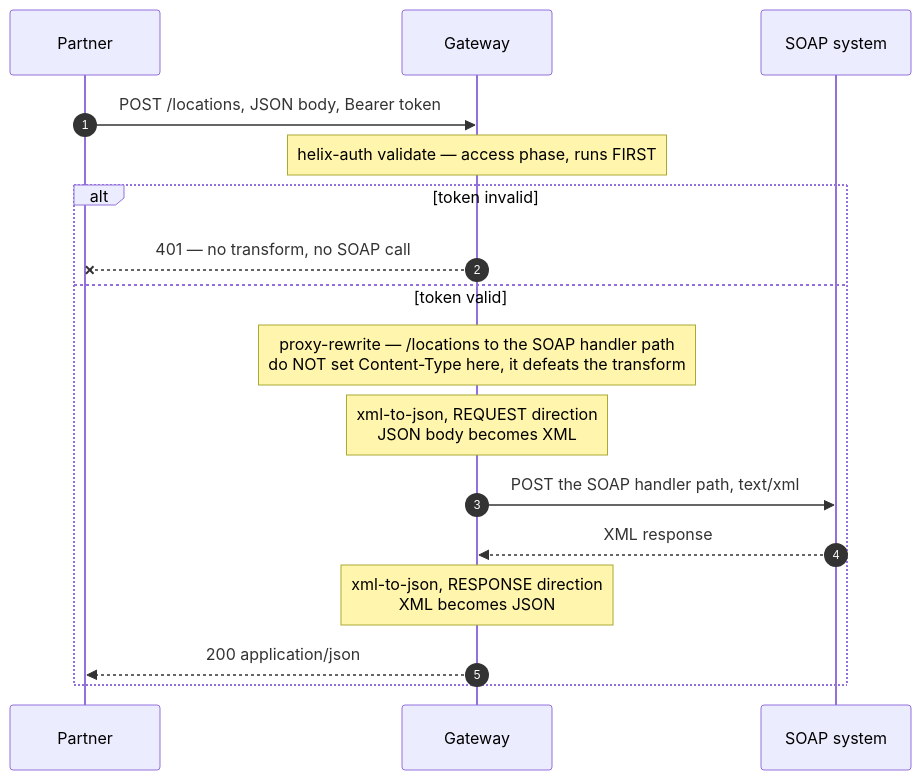
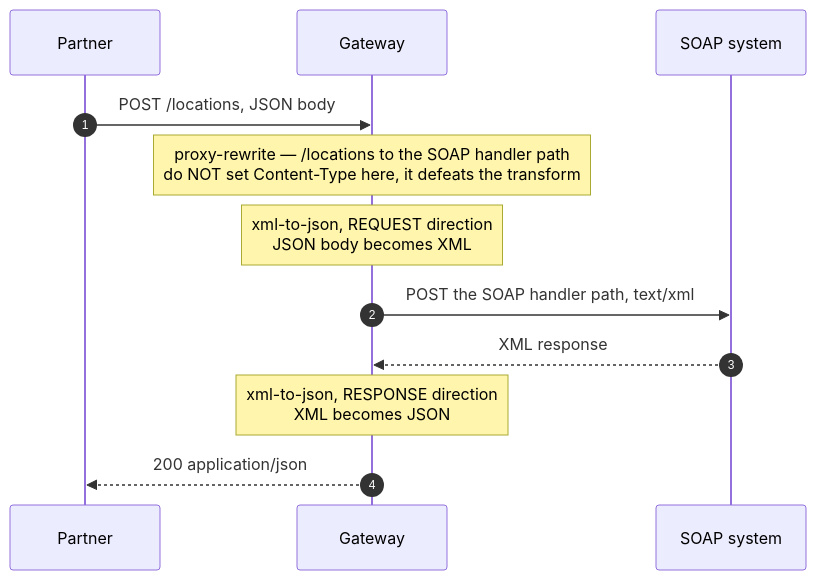
One commit to digitalapicraft/api-gateway-solutions changed the diagram in solutions/03-soap-to-rest/README.md. Above: the diagram before and after it, drawn with Mermaid. The commit also changed other lines of this file and 13 other files, not shown here.

````diff
--- a/solutions/03-soap-to-rest/README.md
+++ b/solutions/03-soap-to-rest/README.md
@@ -72,20 +73,15 @@
 ```mermaid
 sequenceDiagram
     autonumber
     participant P as Partner
     participant GW as Gateway
     participant S as SOAP system
 
-    P->>GW: POST /locations, JSON body, Bearer token
-    Note over GW: helix-auth validate — access phase, runs FIRST
-    alt token invalid
-        GW--xP: 401 — no transform, no SOAP call
-    else token valid
-        Note over GW: proxy-rewrite — /locations to the SOAP handler path<br/>do NOT set Content-Type here, it defeats the transform
-        Note over GW: xml-to-json, REQUEST direction<br/>JSON body becomes XML
-        GW->>S: POST the SOAP handler path, text/xml
-        S-->>GW: XML response
-        Note over GW: xml-to-json, RESPONSE direction<br/>XML becomes JSON
-        GW-->>P: 200 application/json
-    end
+    P->>GW: POST /locations, JSON body
+    Note over GW: proxy-rewrite — /locations to the SOAP handler path<br/>do NOT set Content-Type here, it defeats the transform
+    Note over GW: xml-to-json, REQUEST direction<br/>JSON body becomes XML
+    GW->>S: POST the SOAP handler path, text/xml
+    S-->>GW: XML response
+    Note over GW: xml-to-json, RESPONSE direction<br/>XML becomes JSON
+    GW-->>P: 200 application/json
 ```
````
